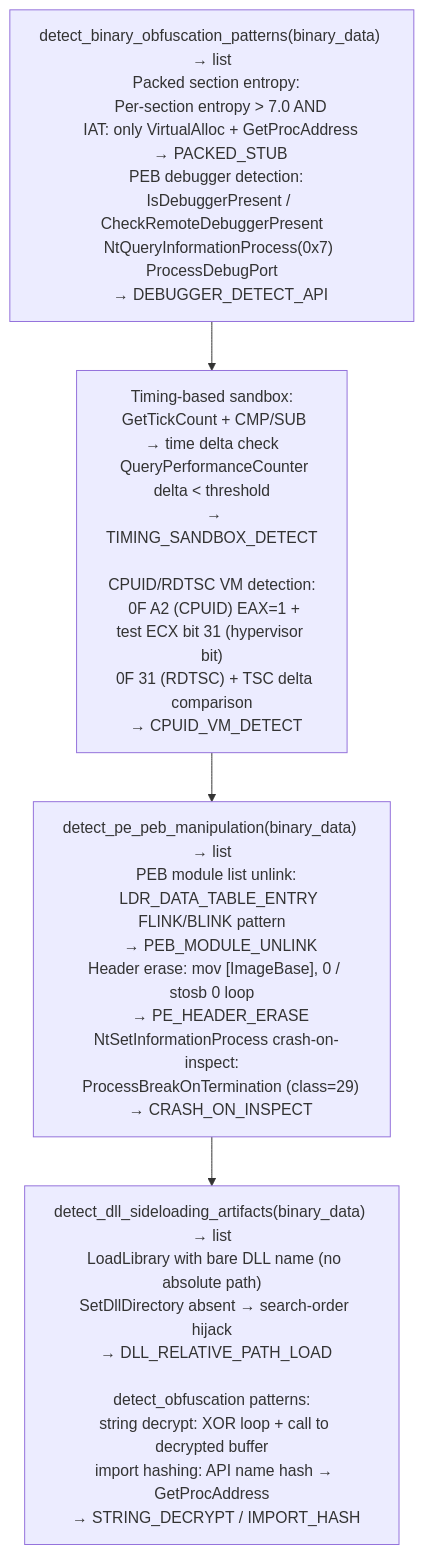
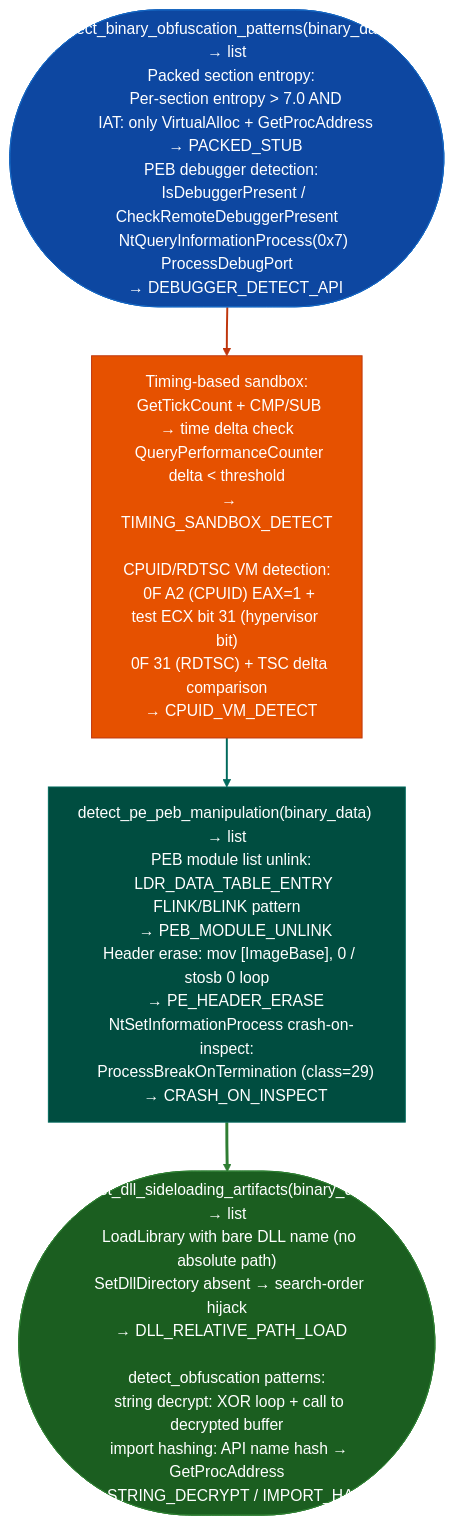
Before and after one commit to Ablation-Tool/ablation: the diagram in docs/reference-modules/packing-and-anti-analysis-indicators.md, drawn with Mermaid. The commit also changed 320 other files, not shown here.

First line of the commit message:
docs: apply canonical Mermaid template to all 321 diagrams

````diff
--- a/docs/reference-modules/packing-and-anti-analysis-indicators.md
+++ b/docs/reference-modules/packing-and-anti-analysis-indicators.md
@@ -19,6 +19,15 @@
 ```mermaid
 flowchart TD
-    A["detect_binary_obfuscation_patterns(binary_data) → list\n  Packed section entropy:\n    Per-section entropy > 7.0 AND\n    IAT: only VirtualAlloc + GetProcAddress\n    → PACKED_STUB\n  PEB debugger detection:\n    IsDebuggerPresent / CheckRemoteDebuggerPresent\n    NtQueryInformationProcess(0x7) ProcessDebugPort\n    → DEBUGGER_DETECT_API"] --> B["Timing-based sandbox:\n  GetTickCount + CMP/SUB → time delta check\n  QueryPerformanceCounter delta < threshold\n  → TIMING_SANDBOX_DETECT\n\nCPUID/RDTSC VM detection:\n  0F A2 (CPUID) EAX=1 + test ECX bit 31 (hypervisor bit)\n  0F 31 (RDTSC) + TSC delta comparison\n  → CPUID_VM_DETECT"]
-    B --> C["detect_pe_peb_manipulation(binary_data) → list\n  PEB module list unlink:\n    LDR_DATA_TABLE_ENTRY FLINK/BLINK pattern\n    → PEB_MODULE_UNLINK\n  Header erase: mov [ImageBase], 0 / stosb 0 loop\n    → PE_HEADER_ERASE\n  NtSetInformationProcess crash-on-inspect:\n    ProcessBreakOnTermination (class=29)\n    → CRASH_ON_INSPECT"]
-    C --> D["detect_dll_sideloading_artifacts(binary_data) → list\n  LoadLibrary with bare DLL name (no absolute path)\n  SetDllDirectory absent → search-order hijack\n  → DLL_RELATIVE_PATH_LOAD\n\ndetect_obfuscation patterns:\n  string decrypt: XOR loop + call to decrypted buffer\n  import hashing: API name hash → GetProcAddress\n  → STRING_DECRYPT / IMPORT_HASH"]
+    A(["detect_binary_obfuscation_patterns(binary_data) → list\n  Packed section entropy:\n    Per-section entropy > 7.0 AND\n    IAT: only VirtualAlloc + GetProcAddress\n    → PACKED_STUB\n  PEB debugger detection:\n    IsDebuggerPresent / CheckRemoteDebuggerPresent\n    NtQueryInformationProcess(0x7) ProcessDebugPort\n    → DEBUGGER_DETECT_API"]):::input --> B["Timing-based sandbox:\n  GetTickCount + CMP/SUB → time delta check\n  QueryPerformanceCounter delta < threshold\n  → TIMING_SANDBOX_DETECT\n\nCPUID/RDTSC VM detection:\n  0F A2 (CPUID) EAX=1 + test ECX bit 31 (hypervisor bit)\n  0F 31 (RDTSC) + TSC delta comparison\n  → CPUID_VM_DETECT"]:::primary
+    B:::primary --> C["detect_pe_peb_manipulation(binary_data) → list\n  PEB module list unlink:\n    LDR_DATA_TABLE_ENTRY FLINK/BLINK pattern\n    → PEB_MODULE_UNLINK\n  Header erase: mov [ImageBase], 0 / stosb 0 loop\n    → PE_HEADER_ERASE\n  NtSetInformationProcess crash-on-inspect:\n    ProcessBreakOnTermination (class=29)\n    → CRASH_ON_INSPECT"]:::secondary
+    C:::secondary --> D(["detect_dll_sideloading_artifacts(binary_data) → list\n  LoadLibrary with bare DLL name (no absolute path)\n  SetDllDirectory absent → search-order hijack\n  → DLL_RELATIVE_PATH_LOAD\n\ndetect_obfuscation patterns:\n  string decrypt: XOR loop + call to decrypted buffer\n  import hashing: API name hash → GetProcAddress\n  → STRING_DECRYPT / IMPORT_HASH"]):::output
+    classDef input     fill:#0d47a1,stroke:#1565c0,color:#fff
+    classDef primary   fill:#e65100,stroke:#bf360c,color:#fff
+    classDef secondary fill:#004d40,stroke:#00695c,color:#fff
+    classDef tertiary  fill:#4a148c,stroke:#6a1b9a,color:#fff
+    classDef neutral   fill:#37474f,stroke:#546e7a,color:#fff
+    classDef output    fill:#1b5e20,stroke:#2e7d32,color:#fff
+    linkStyle 0 stroke:#bf360c,stroke-width:2px
+    linkStyle 1 stroke:#00695c,stroke-width:2px
+    linkStyle 2 stroke:#2e7d32,stroke-width:3px
 ```
````
